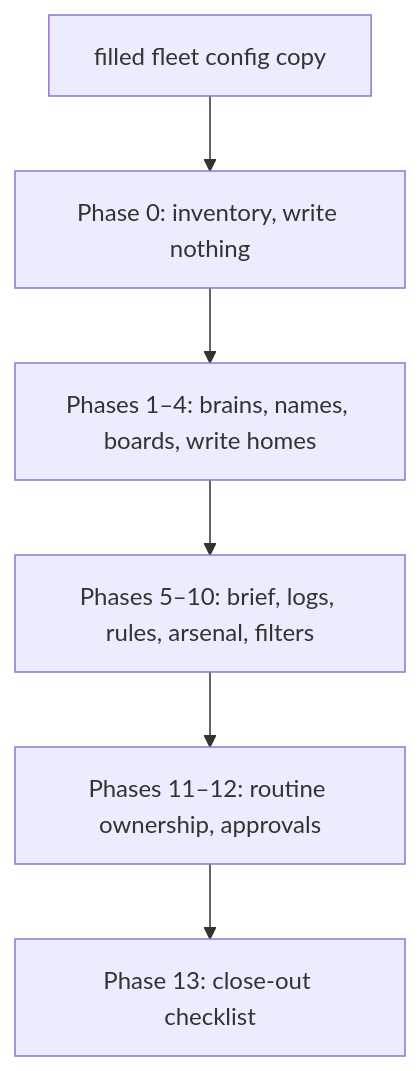
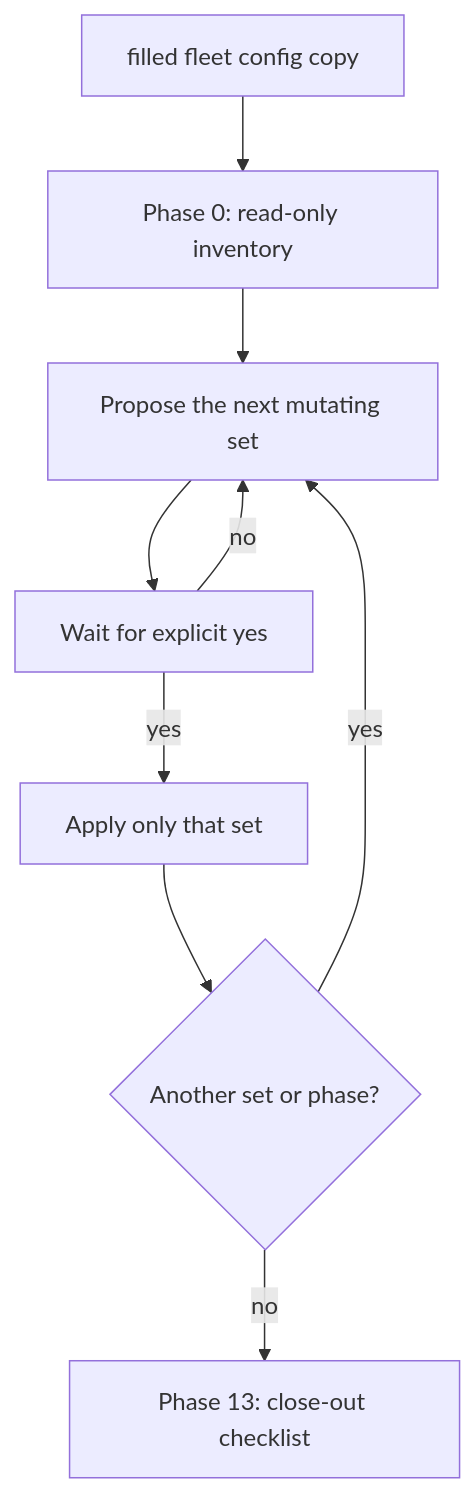
One commit to rickgorman/agent-files changed the diagram in grok-bot/fleet-spring-clean/README.md. Above: the diagram before and after it, drawn with Mermaid. The commit also changed other lines of this file and 1 other file, not shown here.

Commit message:
Require explicit yes before every fleet-spring-clean mutating set
Read-only inventory can run. Every batch that mutates agents, Notion,
routines, skills, boards, or names must propose, wait, then apply.
No bias-to-act override; confirmation every time, every set.

````diff
--- a/grok-bot/fleet-spring-clean/README.md
+++ b/grok-bot/fleet-spring-clean/README.md
@@ -18,8 +19,11 @@
 ```mermaid
 flowchart TD
-  cfg["filled fleet config copy"] --> inv["Phase 0: inventory, write nothing"]
-  inv --> reorg["Phases 1–4: brains, names, boards, write homes"]
-  reorg --> encode["Phases 5–10: brief, logs, rules, arsenal, filters"]
-  encode --> handoff["Phases 11–12: routine ownership, approvals"]
-  handoff --> done["Phase 13: close-out checklist"]
+  cfg["filled fleet config copy"] --> inv["Phase 0: read-only inventory"]
+  inv --> propose["Propose the next mutating set"]
+  propose --> wait["Wait for explicit yes"]
+  wait -->|no| propose
+  wait -->|yes| apply["Apply only that set"]
+  apply --> more{"Another set or phase?"}
+  more -->|yes| propose
+  more -->|no| done["Phase 13: close-out checklist"]
 ```
````
